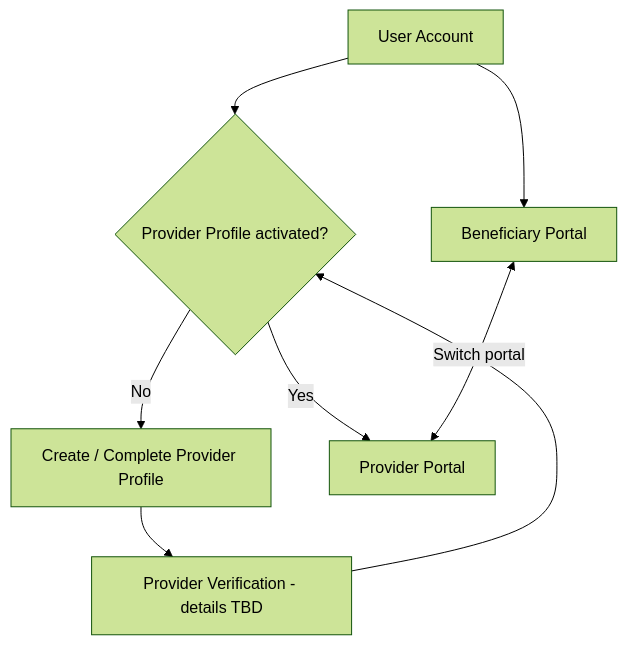
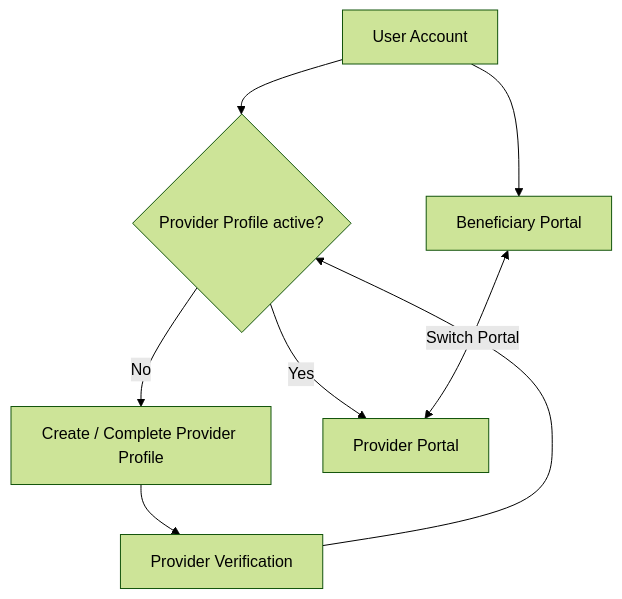
One commit to Yadd-SanaaUniversityGraduationProject/yadd changed the diagram in docs/03-analysis/01-stakeholders.md. Above: the diagram before and after it, drawn with Mermaid (forest theme). The commit also changed other lines of this file, not shown here.

````diff
--- a/docs/03-analysis/01-stakeholders.md
+++ b/docs/03-analysis/01-stakeholders.md
@@ -20,11 +28,11 @@
 ```mermaid
 flowchart TD
     U[User Account]
     U --> B[Beneficiary Portal]
-    U --> PP{Provider Profile activated?}
+    U --> PP{Provider Profile active?}
     PP -- No --> CP[Create / Complete Provider Profile]
-    CP --> V[Provider Verification - details TBD]
+    CP --> V[Provider Verification]
     V --> PP
     PP -- Yes --> P[Provider Portal]
-    B <-->|Switch portal| P
+    B <-->|Switch Portal| P
 ```
````
